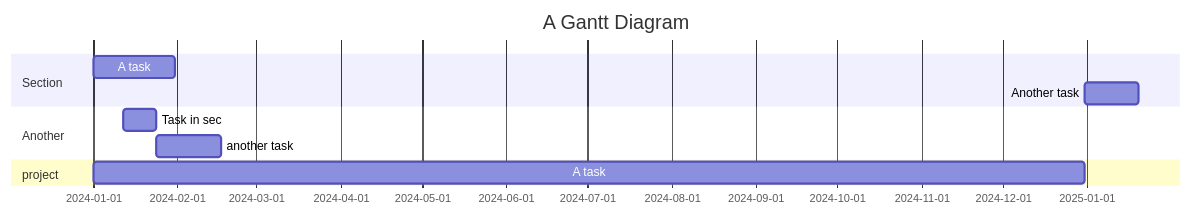
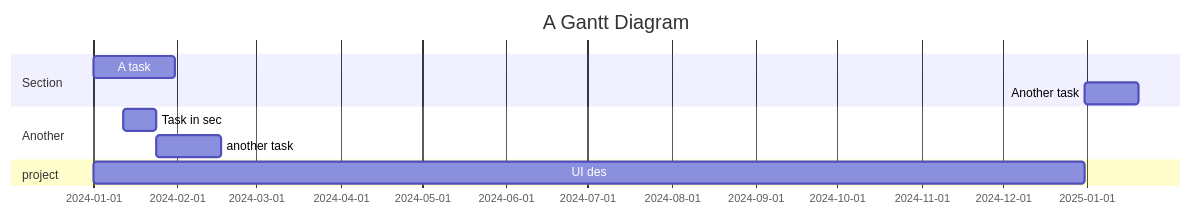
The diagram in all/Code Gantt Chart.md (z9wen/iodraw-files), drawn with Mermaid before and after one commit.

Commit message:
2024-03-29 10:57:52 update

````diff
--- a/all/Code Gantt Chart.md
+++ b/all/Code Gantt Chart.md
@@ -1,13 +1,13 @@
 ```mermaid
 gantt
     title A Gantt Diagram
     dateFormat  YYYY-MM-DD
     section Section
     A task           :a1, 2024-01-01, 30d
     Another task     :after a1  , 20d
     section Another
     Task in sec      :2024-01-12  , 12d
     another task      : 24d
     section project
-    A task           :a1, 2024-01-01, 365d
+    UI des           :a1, 2024-01-01, 365d
 ```
````
